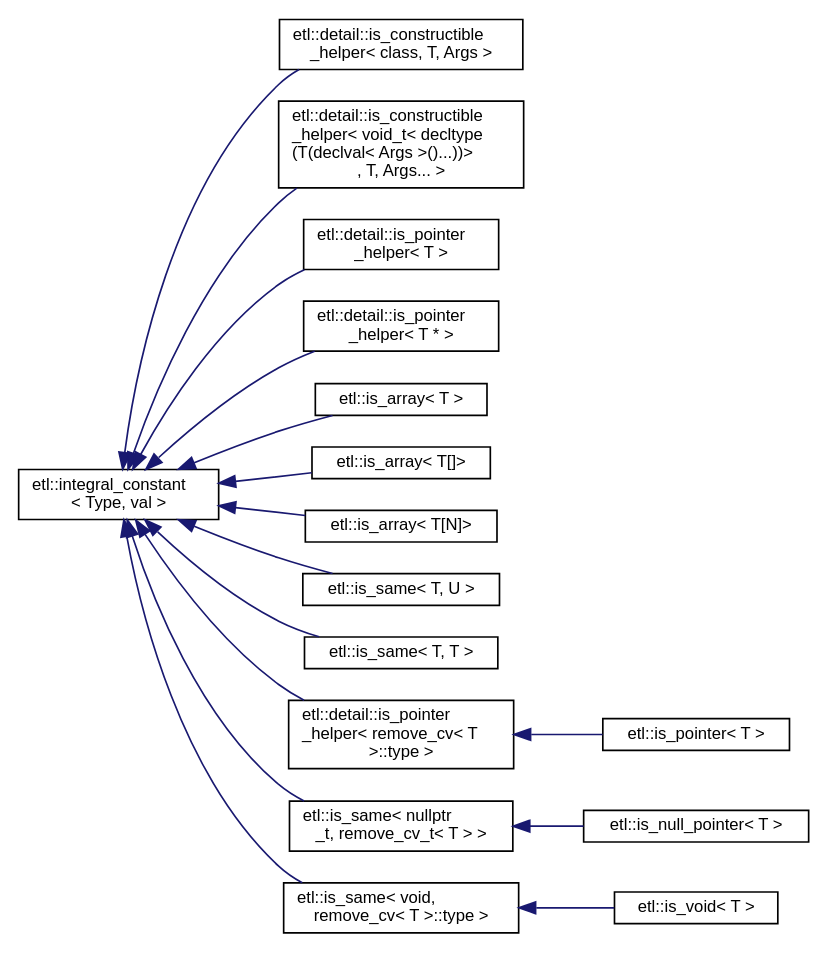
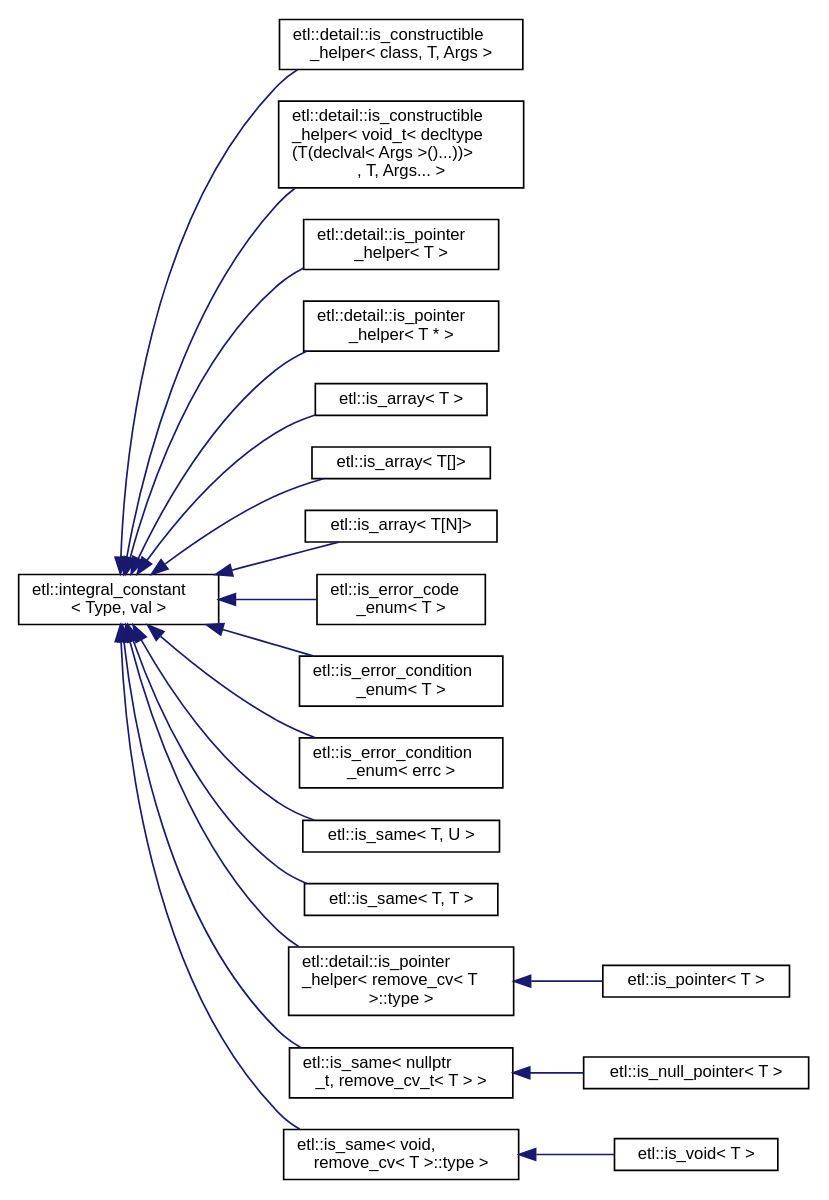
The diagram in inherit_graph_38.dot (tobanteAudio/taetl), drawn with Graphviz before and after one commit. The commit also changed 97 other files, not shown here.

```diff
--- a/inherit_graph_38.dot
+++ b/inherit_graph_38.dot
@@ -1,37 +1,43 @@
 digraph "Graphical Class Hierarchy"
 {
   edge [fontname="Helvetica",fontsize="10",labelfontname="Helvetica",labelfontsize="10"];
   node [fontname="Helvetica",fontsize="10",shape=record];
   rankdir="LR";
   Node0 [label="etl::integral_constant\l\< Type, val \>",height=0.2,width=0.4,color="black", fillcolor="white", style="filled",URL="$structetl_1_1integral__constant.html"];
   Node0 -> Node1 [dir="back",color="midnightblue",fontsize="10",style="solid",fontname="Helvetica"];
   Node1 [label="etl::detail::is_constructible\l_helper\< class, T, Args \>",height=0.2,width=0.4,color="black", fillcolor="white", style="filled",URL="$structetl_1_1detail_1_1is__constructible__helper.html"];
   Node0 -> Node2 [dir="back",color="midnightblue",fontsize="10",style="solid",fontname="Helvetica"];
   Node2 [label="etl::detail::is_constructible\l_helper\< void_t\< decltype\l(T(declval\< Args \>()...))\>\l, T, Args... \>",height=0.2,width=0.4,color="black", fillcolor="white", style="filled",URL="$structetl_1_1detail_1_1is__constructible__helper_3_01void__t_3_01decltype_07T_07declval_3_01Argsa80037a39bb9e756040a068d64e78d77.html"];
   Node0 -> Node3 [dir="back",color="midnightblue",fontsize="10",style="solid",fontname="Helvetica"];
   Node3 [label="etl::detail::is_pointer\l_helper\< T \>",height=0.2,width=0.4,color="black", fillcolor="white", style="filled",URL="$structetl_1_1detail_1_1is__pointer__helper.html"];
   Node0 -> Node4 [dir="back",color="midnightblue",fontsize="10",style="solid",fontname="Helvetica"];
   Node4 [label="etl::detail::is_pointer\l_helper\< T * \>",height=0.2,width=0.4,color="black", fillcolor="white", style="filled",URL="$structetl_1_1detail_1_1is__pointer__helper_3_01T_01_5_01_4.html"];
   Node0 -> Node5 [dir="back",color="midnightblue",fontsize="10",style="solid",fontname="Helvetica"];
   Node5 [label="etl::is_array\< T \>",height=0.2,width=0.4,color="black", fillcolor="white", style="filled",URL="$structetl_1_1is__array.html"];
   Node0 -> Node6 [dir="back",color="midnightblue",fontsize="10",style="solid",fontname="Helvetica"];
   Node6 [label="etl::is_array\< T[]\>",height=0.2,width=0.4,color="black", fillcolor="white", style="filled",URL="$structetl_1_1is__array_3_01T[]_4.html"];
   Node0 -> Node7 [dir="back",color="midnightblue",fontsize="10",style="solid",fontname="Helvetica"];
   Node7 [label="etl::is_array\< T[N]\>",height=0.2,width=0.4,color="black", fillcolor="white", style="filled",URL="$structetl_1_1is__array_3_01T[N]_4.html"];
   Node0 -> Node8 [dir="back",color="midnightblue",fontsize="10",style="solid",fontname="Helvetica"];
-  Node8 [label="etl::is_same\< T, U \>",height=0.2,width=0.4,color="black", fillcolor="white", style="filled",URL="$structetl_1_1is__same.html",tooltip="If T and U name the same type (taking into account const/volatile qualifications), provides the member constant value equal to true. Otherwise value is false. "];
+  Node8 [label="etl::is_error_code\l_enum\< T \>",height=0.2,width=0.4,color="black", fillcolor="white", style="filled",URL="$structetl_1_1is__error__code__enum.html"];
   Node0 -> Node9 [dir="back",color="midnightblue",fontsize="10",style="solid",fontname="Helvetica"];
-  Node9 [label="etl::is_same\< T, T \>",height=0.2,width=0.4,color="black", fillcolor="white", style="filled",URL="$structetl_1_1is__same_3_01T_00_01T_01_4.html"];
+  Node9 [label="etl::is_error_condition\l_enum\< T \>",height=0.2,width=0.4,color="black", fillcolor="white", style="filled",URL="$structetl_1_1is__error__condition__enum.html"];
   Node0 -> Node10 [dir="back",color="midnightblue",fontsize="10",style="solid",fontname="Helvetica"];
-  Node10 [label="etl::detail::is_pointer\l_helper\< remove_cv\< T\l \>::type \>",height=0.2,width=0.4,color="black", fillcolor="white", style="filled",URL="$structetl_1_1detail_1_1is__pointer__helper.html"];
-  Node10 -> Node11 [dir="back",color="midnightblue",fontsize="10",style="solid",fontname="Helvetica"];
-  Node11 [label="etl::is_pointer\< T \>",height=0.2,width=0.4,color="black", fillcolor="white", style="filled",URL="$structetl_1_1is__pointer.html"];
+  Node10 [label="etl::is_error_condition\l_enum\< errc \>",height=0.2,width=0.4,color="black", fillcolor="white", style="filled",URL="$structetl_1_1is__error__condition__enum_3_01errc_01_4.html"];
+  Node0 -> Node11 [dir="back",color="midnightblue",fontsize="10",style="solid",fontname="Helvetica"];
+  Node11 [label="etl::is_same\< T, U \>",height=0.2,width=0.4,color="black", fillcolor="white", style="filled",URL="$structetl_1_1is__same.html",tooltip="If T and U name the same type (taking into account const/volatile qualifications), provides the member constant value equal to true. Otherwise value is false. "];
   Node0 -> Node12 [dir="back",color="midnightblue",fontsize="10",style="solid",fontname="Helvetica"];
-  Node12 [label="etl::is_same\< nullptr\l_t, remove_cv_t\< T \> \>",height=0.2,width=0.4,color="black", fillcolor="white", style="filled",URL="$structetl_1_1is__same.html"];
-  Node12 -> Node13 [dir="back",color="midnightblue",fontsize="10",style="solid",fontname="Helvetica"];
-  Node13 [label="etl::is_null_pointer\< T \>",height=0.2,width=0.4,color="black", fillcolor="white", style="filled",URL="$structetl_1_1is__null__pointer.html"];
-  Node0 -> Node14 [dir="back",color="midnightblue",fontsize="10",style="solid",fontname="Helvetica"];
-  Node14 [label="etl::is_same\< void,\l remove_cv\< T \>::type \>",height=0.2,width=0.4,color="black", fillcolor="white", style="filled",URL="$structetl_1_1is__same.html"];
-  Node14 -> Node15 [dir="back",color="midnightblue",fontsize="10",style="solid",fontname="Helvetica"];
-  Node15 [label="etl::is_void\< T \>",height=0.2,width=0.4,color="black", fillcolor="white", style="filled",URL="$structetl_1_1is__void.html",tooltip="Define a member typedef only if a boolean constant is true. "];
+  Node12 [label="etl::is_same\< T, T \>",height=0.2,width=0.4,color="black", fillcolor="white", style="filled",URL="$structetl_1_1is__same_3_01T_00_01T_01_4.html"];
+  Node0 -> Node13 [dir="back",color="midnightblue",fontsize="10",style="solid",fontname="Helvetica"];
+  Node13 [label="etl::detail::is_pointer\l_helper\< remove_cv\< T\l \>::type \>",height=0.2,width=0.4,color="black", fillcolor="white", style="filled",URL="$structetl_1_1detail_1_1is__pointer__helper.html"];
+  Node13 -> Node14 [dir="back",color="midnightblue",fontsize="10",style="solid",fontname="Helvetica"];
+  Node14 [label="etl::is_pointer\< T \>",height=0.2,width=0.4,color="black", fillcolor="white", style="filled",URL="$structetl_1_1is__pointer.html"];
+  Node0 -> Node15 [dir="back",color="midnightblue",fontsize="10",style="solid",fontname="Helvetica"];
+  Node15 [label="etl::is_same\< nullptr\l_t, remove_cv_t\< T \> \>",height=0.2,width=0.4,color="black", fillcolor="white", style="filled",URL="$structetl_1_1is__same.html"];
+  Node15 -> Node16 [dir="back",color="midnightblue",fontsize="10",style="solid",fontname="Helvetica"];
+  Node16 [label="etl::is_null_pointer\< T \>",height=0.2,width=0.4,color="black", fillcolor="white", style="filled",URL="$structetl_1_1is__null__pointer.html"];
+  Node0 -> Node17 [dir="back",color="midnightblue",fontsize="10",style="solid",fontname="Helvetica"];
+  Node17 [label="etl::is_same\< void,\l remove_cv\< T \>::type \>",height=0.2,width=0.4,color="black", fillcolor="white", style="filled",URL="$structetl_1_1is__same.html"];
+  Node17 -> Node18 [dir="back",color="midnightblue",fontsize="10",style="solid",fontname="Helvetica"];
+  Node18 [label="etl::is_void\< T \>",height=0.2,width=0.4,color="black", fillcolor="white", style="filled",URL="$structetl_1_1is__void.html",tooltip="Define a member typedef only if a boolean constant is true. "];
 }
```
